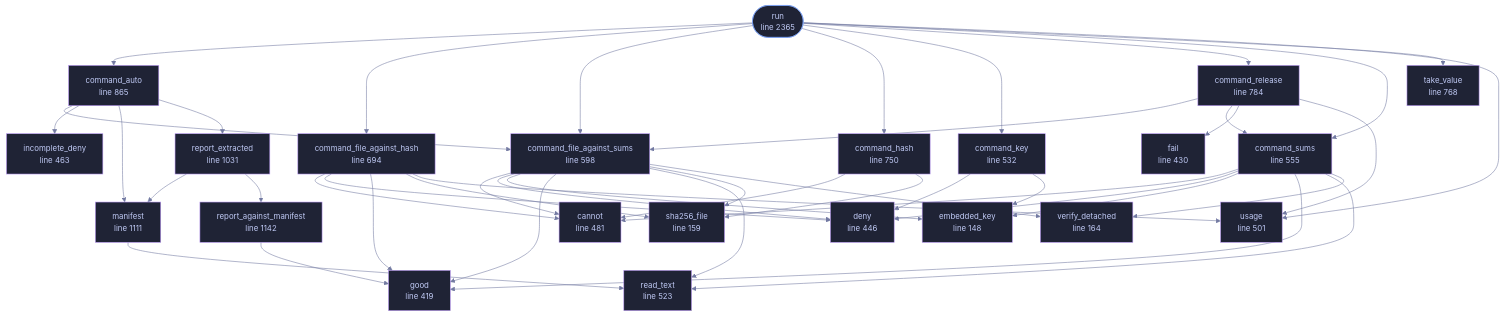
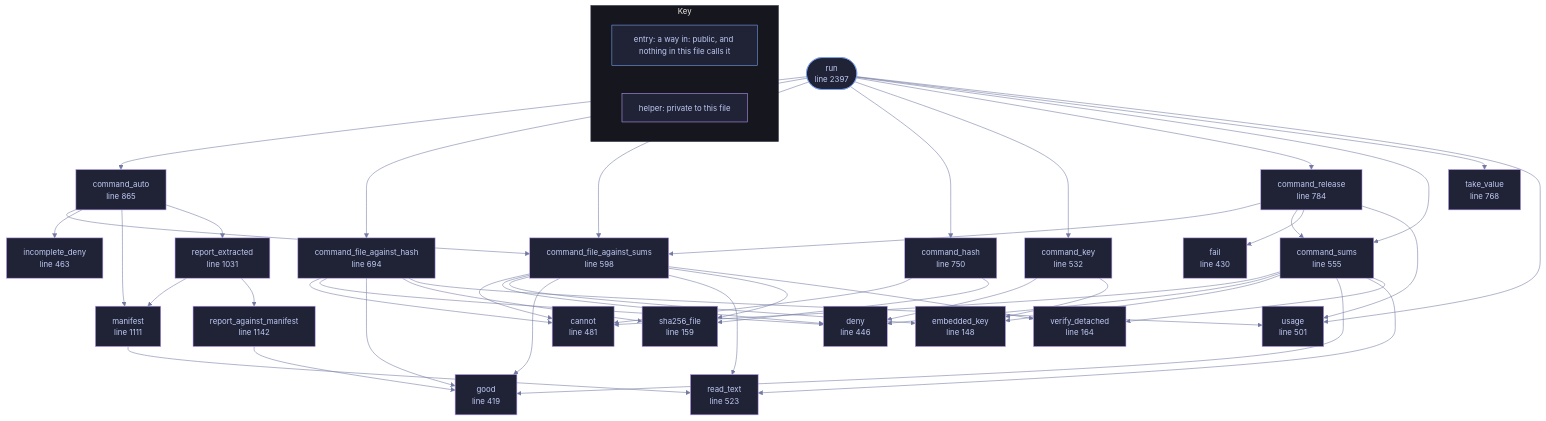
The diagram in docs/files/veilvoice-verify/lib.md (tilas01/veilvoice), drawn with Mermaid before and after one commit. The commit also changed other lines of this file and 1510 other files, not shown here.

First line of the commit message:
Regenerate the documentation, wiki, site, graphs and measured numbers

````diff
--- a/docs/files/veilvoice-verify/lib.md
+++ b/docs/files/veilvoice-verify/lib.md
@@ -140,7 +140,7 @@
     n_report_extracted["report_extracted<br/>line 1031"]
     n_manifest["manifest<br/>line 1111"]
     n_report_against_manifest["report_against_manifest<br/>line 1142"]
-    n_run(["run<br/>line 2365"])
+    n_run(["run<br/>line 2397"])
     n_command_auto --> n_command_file_against_sums
     n_command_auto --> n_incomplete_deny
     n_command_auto --> n_manifest
@@ -205,9 +205,16 @@
     click n_report_extracted href "https://github.com/tilas01/veilvoice/blob/main/crates/veilvoice-verify/src/lib.rs#L1031" "open the source"
     click n_manifest href "https://github.com/tilas01/veilvoice/blob/main/crates/veilvoice-verify/src/lib.rs#L1111" "open the source"
     click n_report_against_manifest href "https://github.com/tilas01/veilvoice/blob/main/crates/veilvoice-verify/src/lib.rs#L1142" "open the source"
-    click n_run href "https://github.com/tilas01/veilvoice/blob/main/crates/veilvoice-verify/src/lib.rs#L2365" "open the source"
+    click n_run href "https://github.com/tilas01/veilvoice/blob/main/crates/veilvoice-verify/src/lib.rs#L2397" "open the source"
     classDef entry fill:#1f2335,stroke:#7aa2f7,color:#c0caf5
     class n_run entry
     classDef helper fill:#1f2335,stroke:#bb9af7,color:#c0caf5
     class n_embedded_key,n_sha256_file,n_verify_detached,n_good,n_fail,n_deny,n_incomplete_deny,n_cannot,n_usage,n_read_text,n_command_key,n_command_sums,n_command_file_against_sums,n_command_file_against_hash,n_command_hash,n_take_value,n_command_release,n_command_auto,n_report_extracted,n_manifest,n_report_against_manifest helper
+    subgraph chart_key ["Key"]
+        direction LR
+        key_entry["entry: a way in: public, and nothing in this file calls it"]
+        key_helper["helper: private to this file"]
+    end
+    class key_entry entry
+    class key_helper helper
 ```
````
